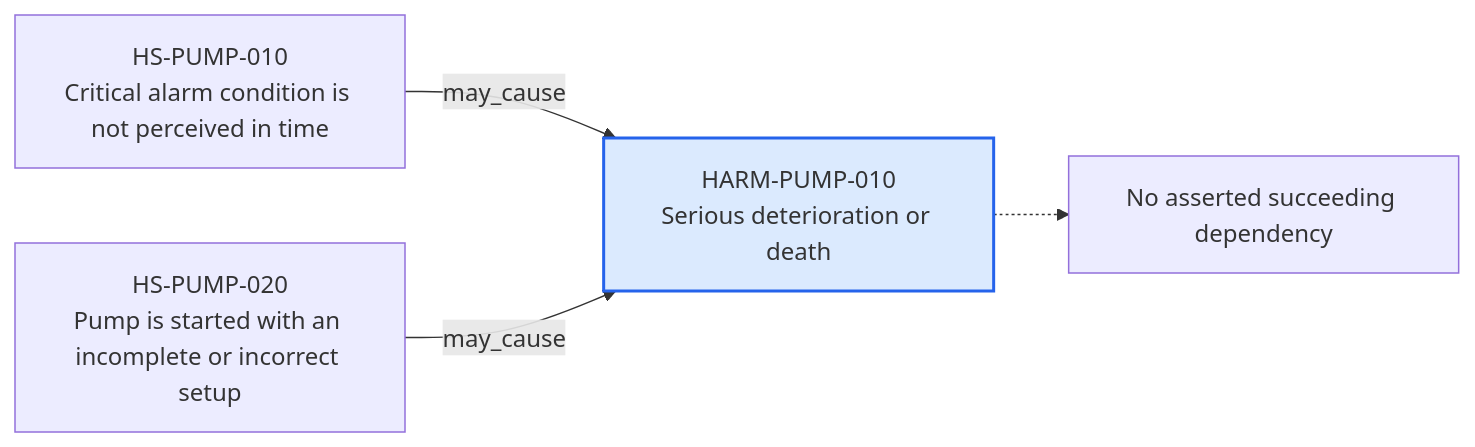
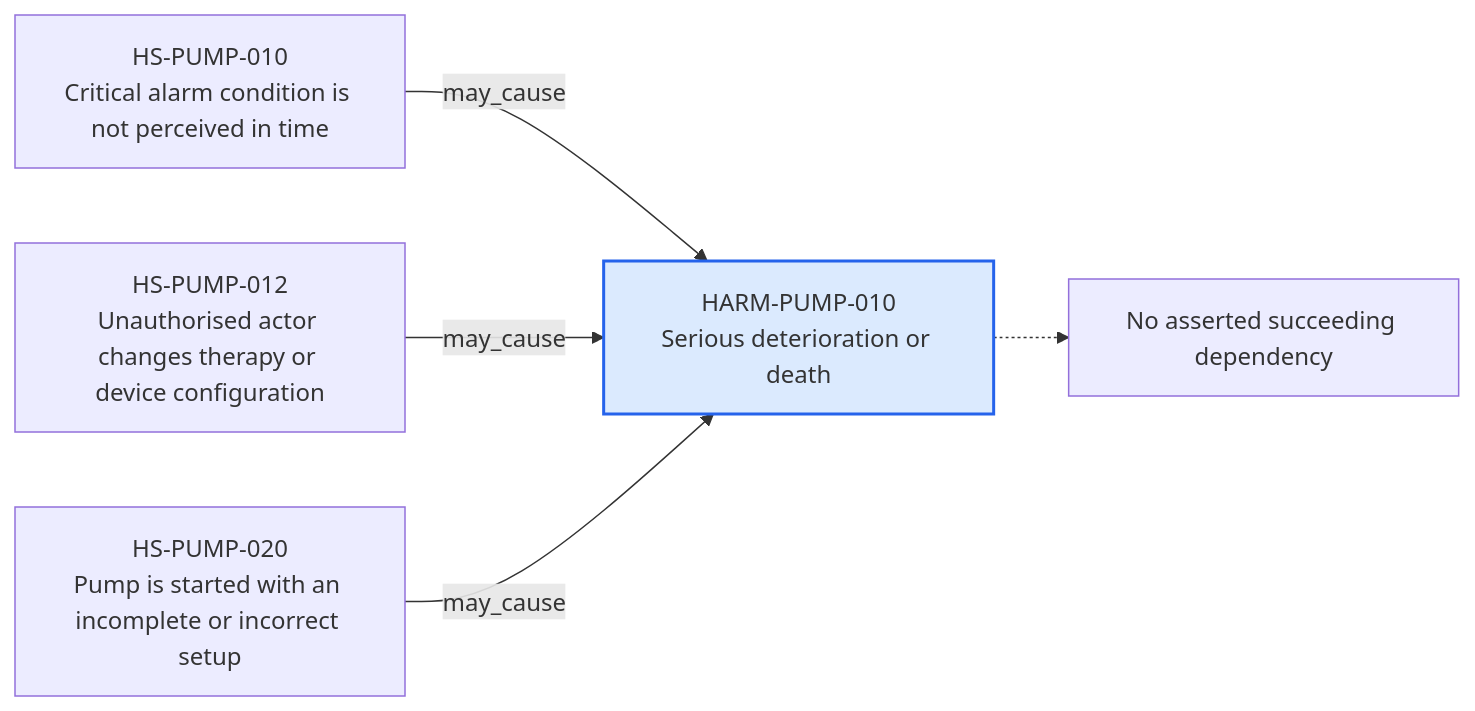
Before and after one commit to mvattulainen/mdrontology: the diagram in content/06-Infpump FlowGuard ontology notes/harm/HARM-PUMP-010-serious-deterioration-or-death.md, drawn with Mermaid. The commit also changed other lines of this file and 321 other files, not shown here.

Commit message:
Implement Mermaid ontology audit findings

````diff
--- a/content/06-Infpump FlowGuard ontology notes/harm/HARM-PUMP-010-serious-deterioration-or-death.md
+++ b/content/06-Infpump FlowGuard ontology notes/harm/HARM-PUMP-010-serious-deterioration-or-death.md
@@ -65,12 +67,14 @@
 ```mermaid
 flowchart LR
   CURRENT["HARM-PUMP-010<br/>Serious deterioration or death"]
   PREV0["HS-PUMP-010<br/>Critical alarm condition is not perceived in time"]
   PREV0 -->|"may_cause"| CURRENT
-  PREV1["HS-PUMP-020<br/>Pump is started with an incomplete or incorrect setup"]
+  PREV1["HS-PUMP-012<br/>Unauthorised actor changes therapy or device configuration"]
   PREV1 -->|"may_cause"| CURRENT
+  PREV2["HS-PUMP-020<br/>Pump is started with an incomplete or incorrect setup"]
+  PREV2 -->|"may_cause"| CURRENT
   NEXT_NONE["No asserted succeeding dependency"]
   CURRENT -.-> NEXT_NONE
   classDef current fill:#dbeafe,stroke:#2563eb,stroke-width:2px
   class CURRENT current
 ```
````
